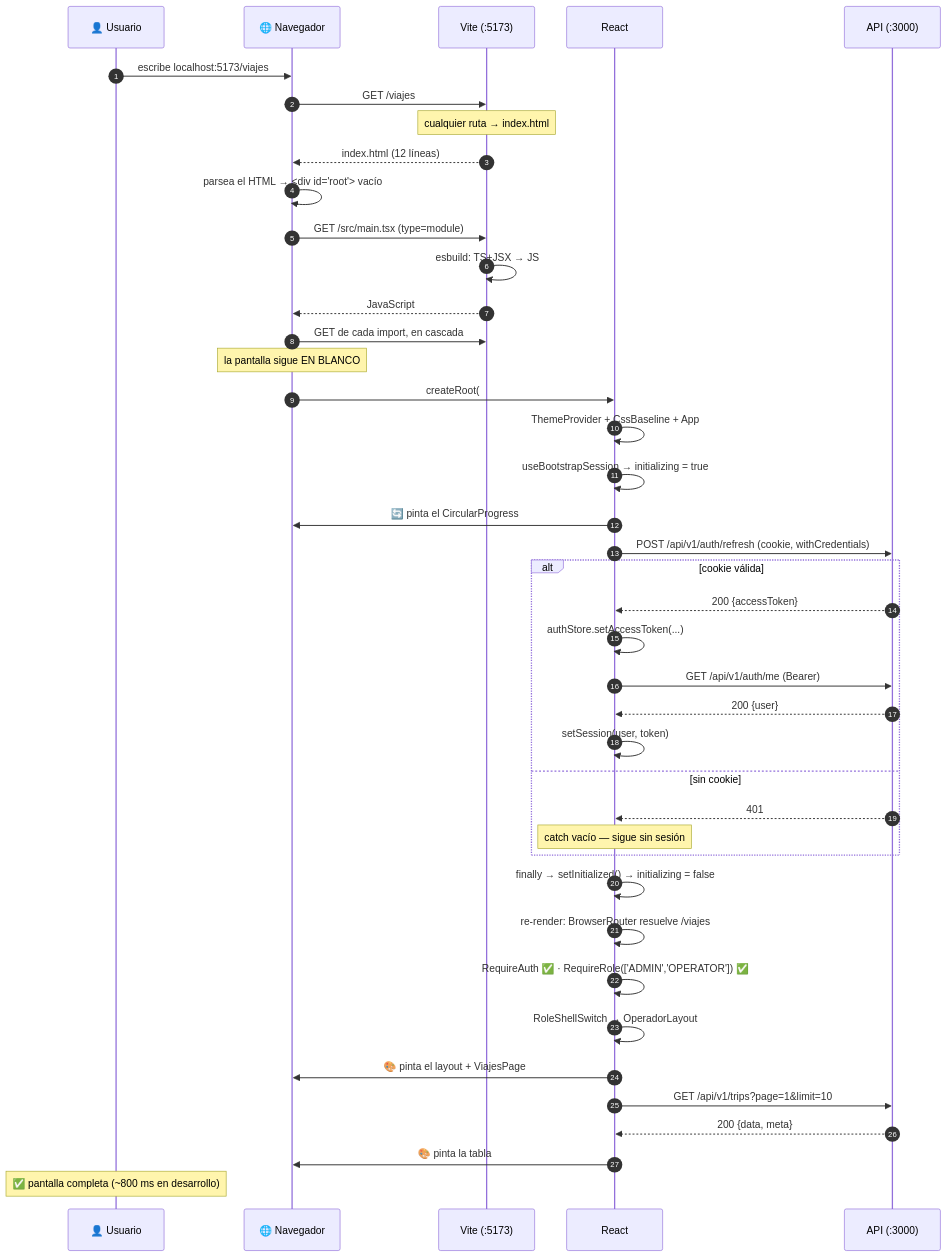
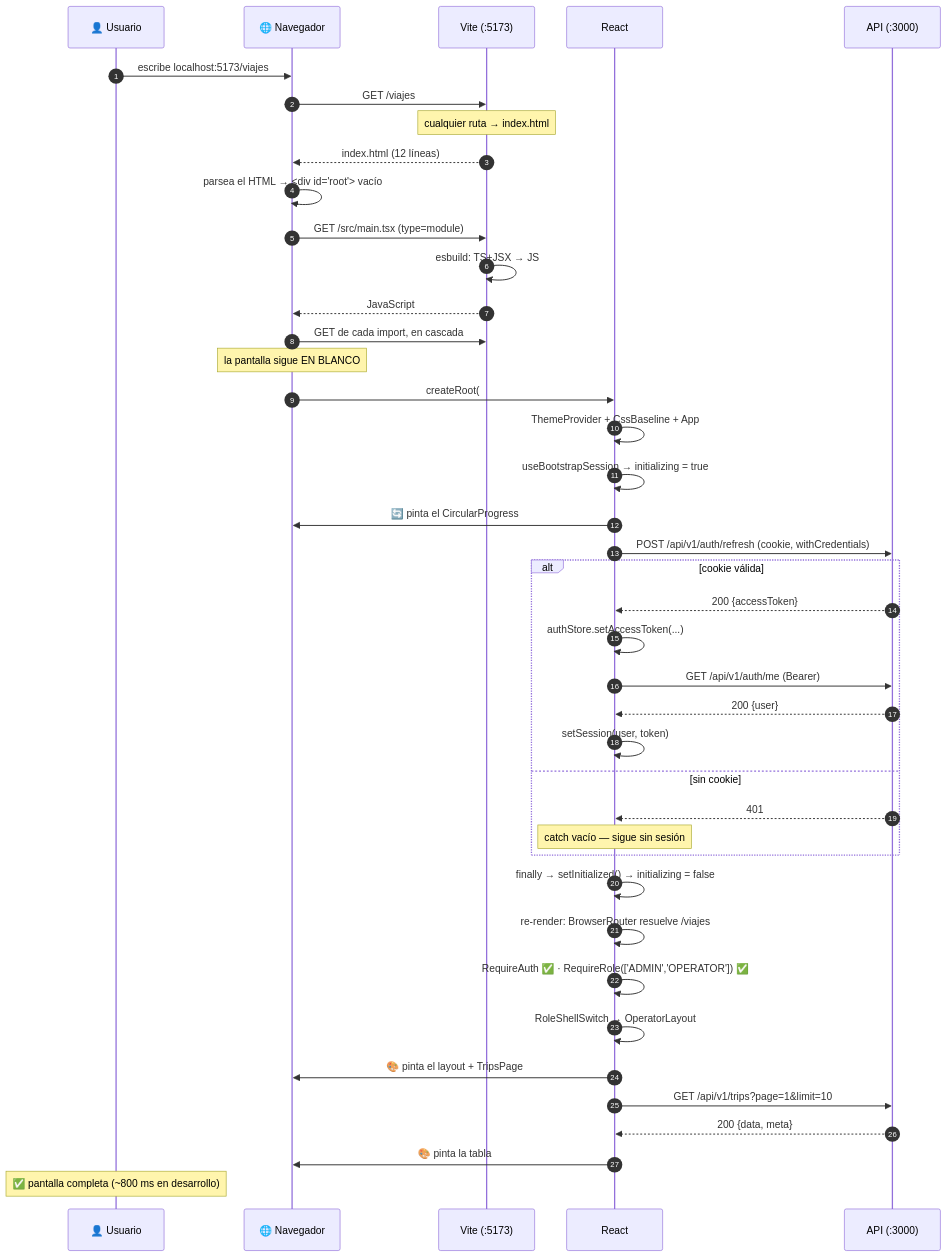
Before and after one commit to roman5983/Gesti-n-Log-stica-y-Flota-: the fifth of 5 diagrams in docs/manual-tecnico/18-frontend-bootstrap.md, drawn with Mermaid. The commit also changed other lines of this file and 55 other files, not shown here.

````diff
--- a/docs/manual-tecnico/18-frontend-bootstrap.md
+++ b/docs/manual-tecnico/18-frontend-bootstrap.md
@@ -991,47 +991,47 @@
 ```mermaid
 sequenceDiagram
     autonumber
     participant U as 👤 Usuario
     participant N as 🌐 Navegador
     participant V as Vite (:5173)
     participant R as React
     participant A as API (:3000)
 
     U->>N: escribe localhost:5173/viajes
     N->>V: GET /viajes
     Note over V: cualquier ruta → index.html
     V-->>N: index.html (12 líneas)
     N->>N: parsea el HTML → <div id="root"> vacío
     N->>V: GET /src/main.tsx (type=module)
     V->>V: esbuild: TS+JSX → JS
     V-->>N: JavaScript
     N->>V: GET de cada import, en cascada
     Note over N: la pantalla sigue EN BLANCO
 
     N->>R: createRoot(#root).render(<StrictMode>…)
     R->>R: ThemeProvider + CssBaseline + App
     R->>R: useBootstrapSession → initializing = true
     R->>N: 🔄 pinta el CircularProgress
 
     R->>A: POST /api/v1/auth/refresh (cookie, withCredentials)
     alt cookie válida
         A-->>R: 200 {accessToken}
         R->>R: authStore.setAccessToken(...)
         R->>A: GET /api/v1/auth/me (Bearer)
         A-->>R: 200 {user}
         R->>R: setSession(user, token)
     else sin cookie
         A-->>R: 401
         Note over R: catch vacío — sigue sin sesión
     end
     R->>R: finally → setInitialized() → initializing = false
 
     R->>R: re-render: BrowserRouter resuelve /viajes
     R->>R: RequireAuth ✅ · RequireRole(['ADMIN','OPERATOR']) ✅
-    R->>R: RoleShellSwitch → OperadorLayout
-    R->>N: 🎨 pinta el layout + ViajesPage
+    R->>R: RoleShellSwitch → OperatorLayout
+    R->>N: 🎨 pinta el layout + TripsPage
     R->>A: GET /api/v1/trips?page=1&limit=10
     A-->>R: 200 {data, meta}
     R->>N: 🎨 pinta la tabla
     Note over U: ✅ pantalla completa (~800 ms en desarrollo)
 ```
````
